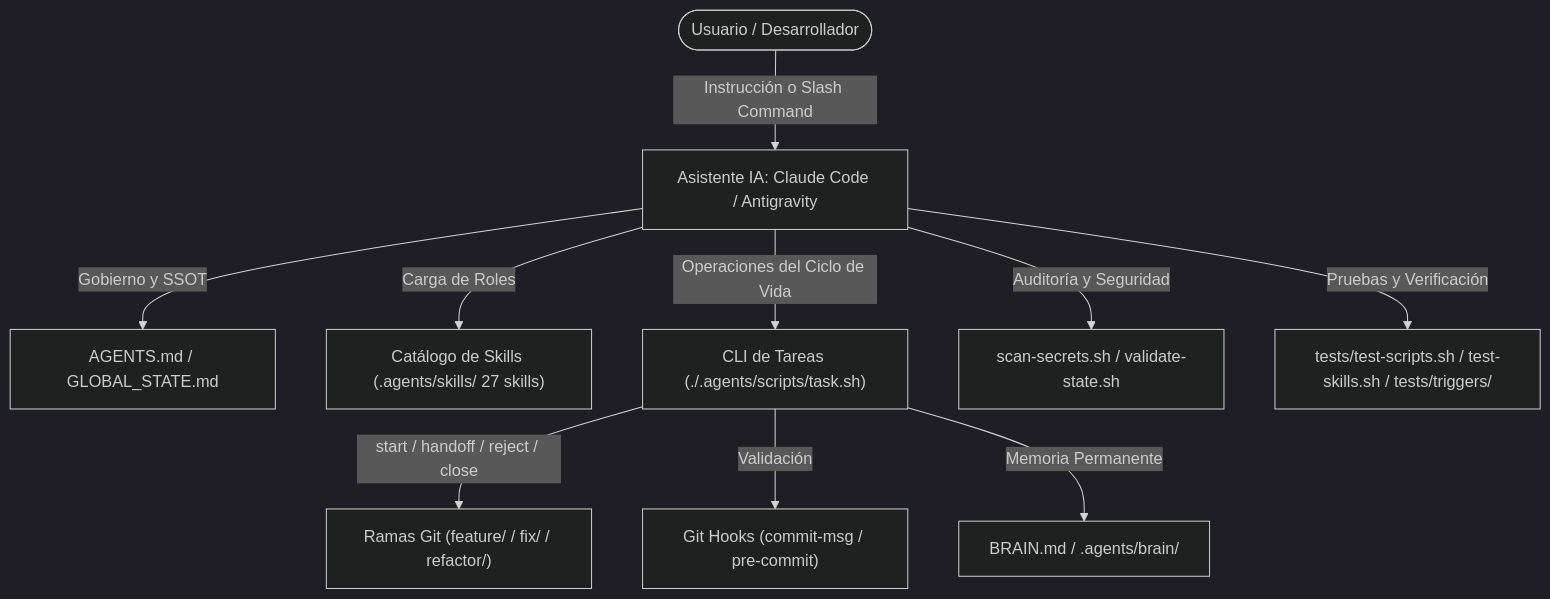
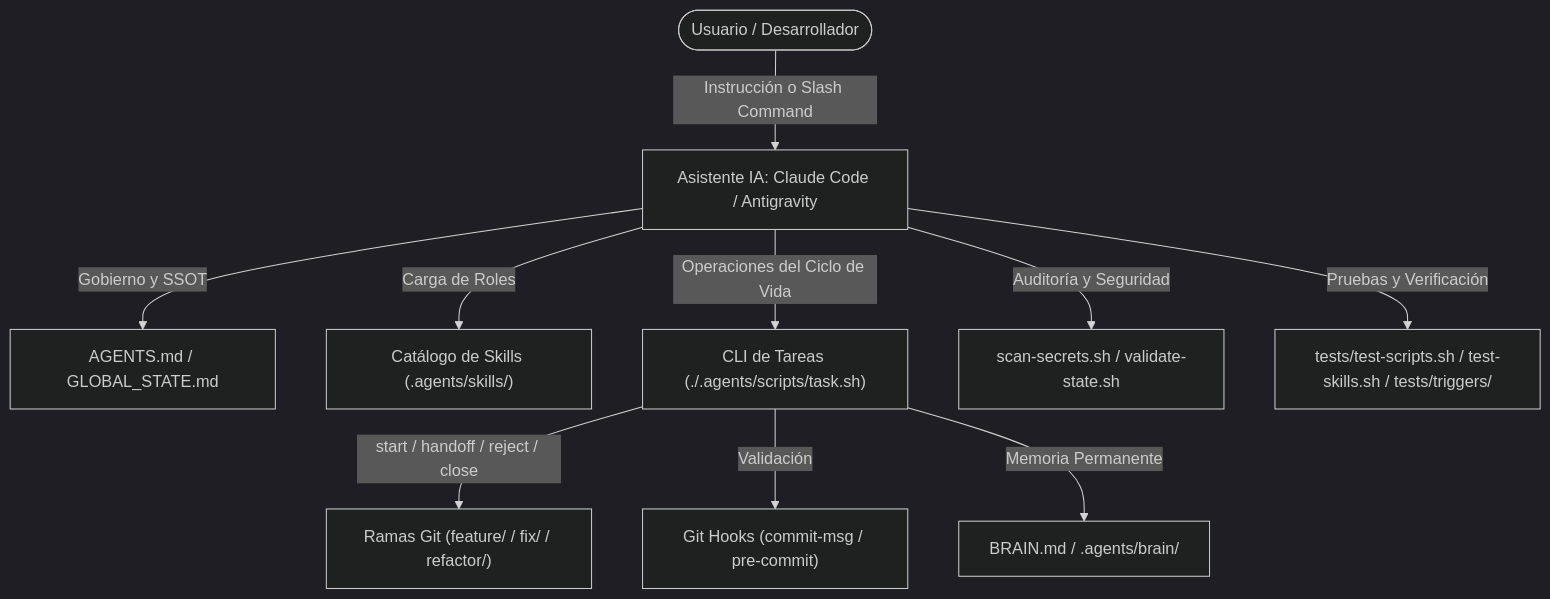
One commit to klismanvizcarra-maker/expertise-in-software-development changed the diagram in .agents/brain/system_map.md. Above: the diagram before and after it, drawn with Mermaid (dark theme). The commit also changed other lines of this file and 5 other files, not shown here.

````diff
--- a/.agents/brain/system_map.md
+++ b/.agents/brain/system_map.md
@@ -9,12 +9,12 @@
 ```mermaid
 flowchart TD
     User([Usuario / Desarrollador]) -->|Instrucción o Slash Command| Agent[Asistente IA: Claude Code / Antigravity]
     Agent -->|Gobierno y SSOT| Governance["AGENTS.md / GLOBAL_STATE.md"]
-    Agent -->|Carga de Roles| Skills["Catálogo de Skills (.agents/skills/ 27 skills)"]
+    Agent -->|Carga de Roles| Skills["Catálogo de Skills (.agents/skills/)"]
     Agent -->|Operaciones del Ciclo de Vida| TaskCLI["CLI de Tareas (./.agents/scripts/task.sh)"]
     TaskCLI -->|start / handoff / reject / close| Branches["Ramas Git (feature/ / fix/ / refactor/)"]
     TaskCLI -->|Validación| Hooks["Git Hooks (commit-msg / pre-commit)"]
     Agent -->|Auditoría y Seguridad| Security["scan-secrets.sh / validate-state.sh"]
     Agent -->|Pruebas y Verificación| Tests["tests/test-scripts.sh / test-skills.sh / tests/triggers/"]
     TaskCLI -->|Memoria Permanente| Brain["BRAIN.md / .agents/brain/"]
 ```
````
